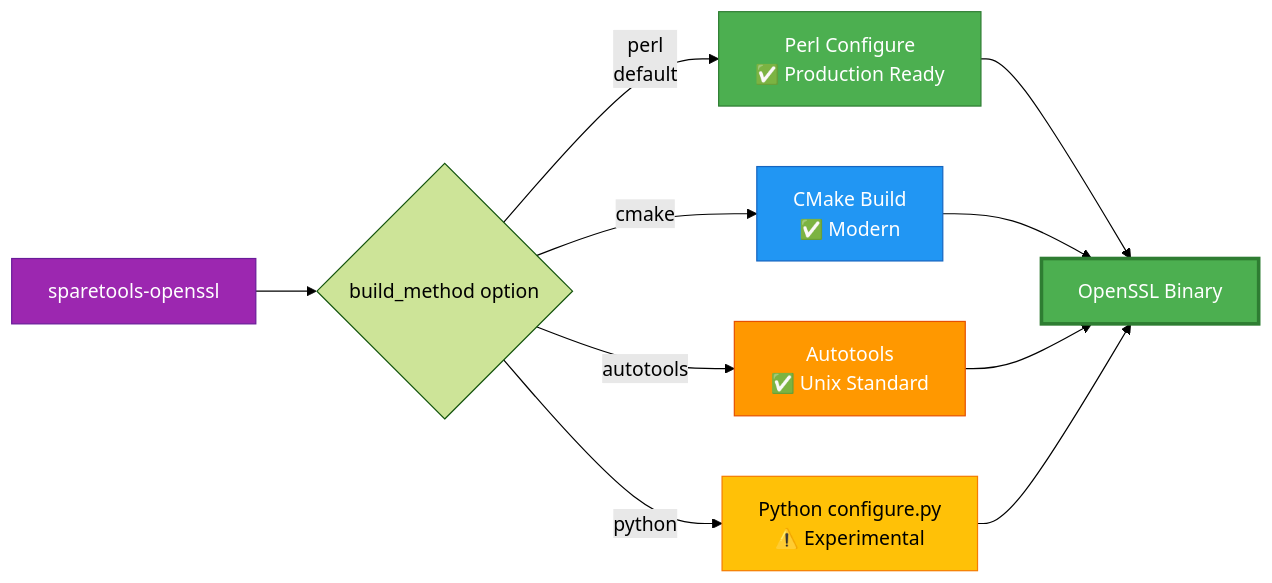
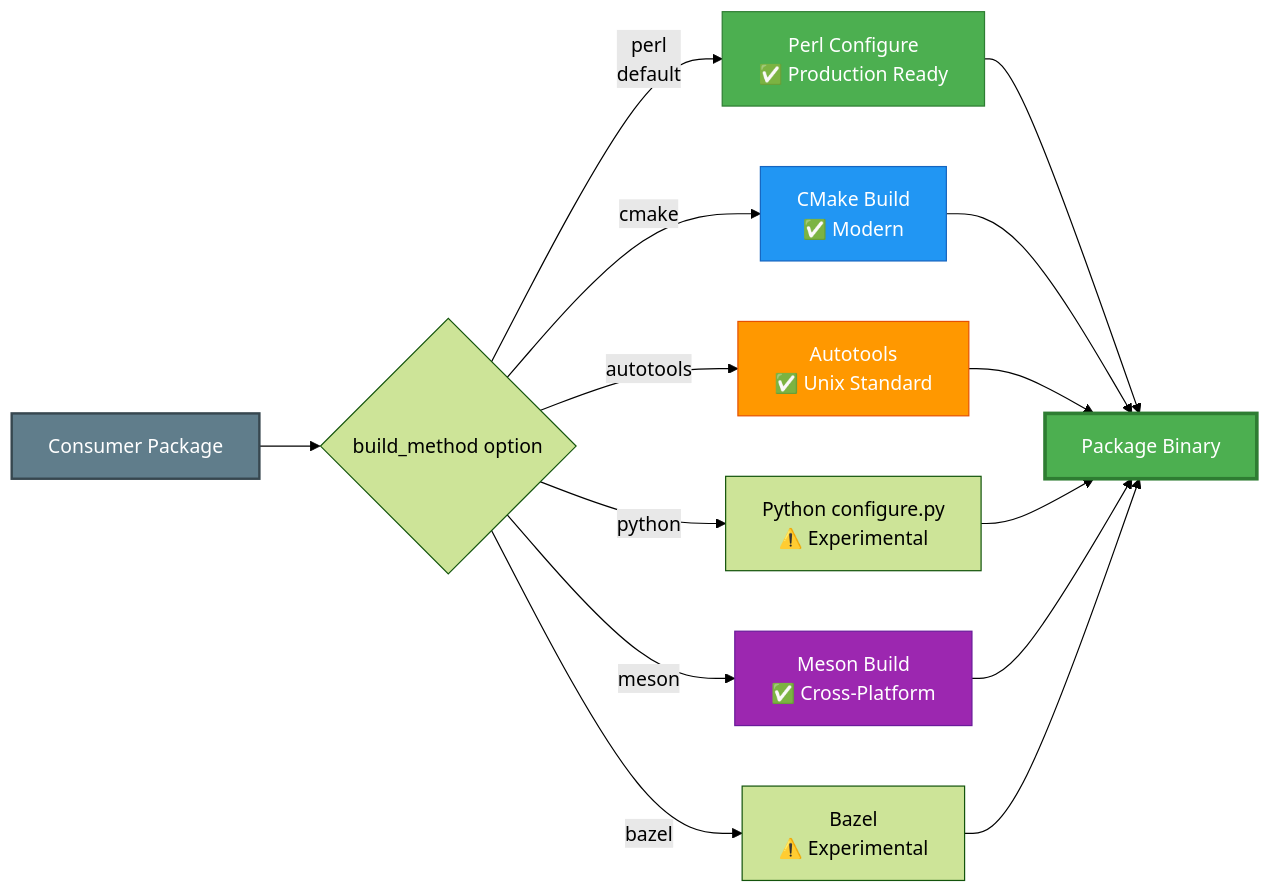
The second of 7 diagrams in ARCHITECTURE.md (sparesparrow/sparetools), drawn with Mermaid (forest theme) before and after one commit. The commit also changed other lines of this file and 16 other files, not shown here.

````diff
--- a/ARCHITECTURE.md
+++ b/ARCHITECTURE.md
@@ -47,21 +59,25 @@
 ```mermaid
 graph LR
-    A[sparetools-openssl] --> B{build_method option}
+    A[Consumer Package] --> B{build_method option}
 
     B -->|perl<br/>default| C[Perl Configure<br/>✅ Production Ready]
     B -->|cmake| D[CMake Build<br/>✅ Modern]
     B -->|autotools| E[Autotools<br/>✅ Unix Standard]
     B -->|python| F[Python configure.py<br/>⚠️ Experimental]
+    B -->|meson| G[Meson Build<br/>✅ Cross-Platform]
+    B -->|bazel| H[Bazel<br/>⚠️ Experimental]
 
-    C --> G[OpenSSL Binary]
-    D --> G
-    E --> G
-    F --> G
+    C --> I[Package Binary]
+    D --> I
+    E --> I
+    F --> I
+    G --> I
+    H --> I
 
     style C fill:#4CAF50,stroke:#2E7D32,color:#fff
     style D fill:#2196F3,stroke:#1565C0,color:#fff
     style E fill:#FF9800,stroke:#E65100,color:#fff
-    style F fill:#FFC107,stroke:#F57C00,color:#000
-    style A fill:#9C27B0,stroke:#6A1B9A,color:#fff
-    style G fill:#4CAF50,stroke:#2E7D32,color:#fff,stroke-width:3px
+    style G fill:#9C27B0,stroke:#6A1B9A,color:#fff
+    style A fill:#607D8B,stroke:#37474F,color:#fff,stroke-width:2px
+    style I fill:#4CAF50,stroke:#2E7D32,color:#fff,stroke-width:3px
 ```
````
